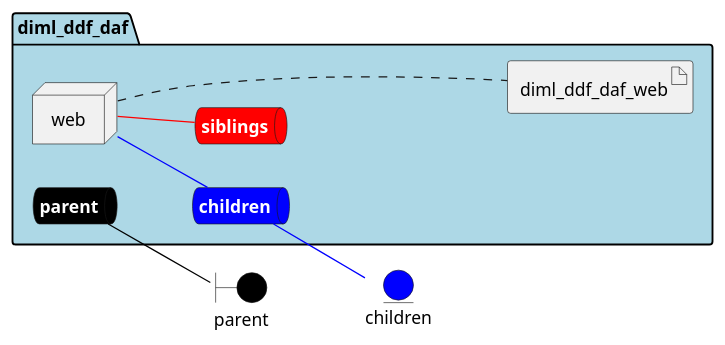
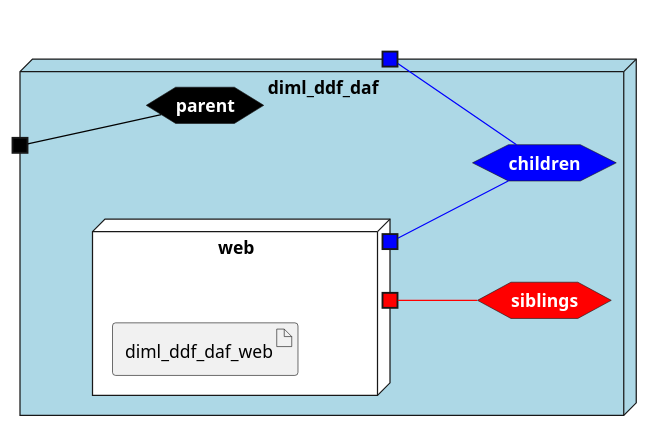
Before and after one commit to madajaju/edgemere: the diagram in docs/edgemere/diml/ddf/daf/envs/prod/deployment.puml, drawn with PlantUML. The commit also changed 957 other files, not shown here.

```diff
--- a/docs/edgemere/diml/ddf/daf/envs/prod/deployment.puml
+++ b/docs/edgemere/diml/ddf/daf/envs/prod/deployment.puml
@@ -1,45 +1,47 @@
 @startuml
 
 left to right direction
 
 
-boundary parent #black
-
-
-entity children #blue
 
 
 
 
-package "diml_ddf_daf" #lightblue {
-    queue parentnet #black [
+
+node "diml_ddf_daf" #lightblue {
+
+
+    hexagon parentnet #black [
             <b><color:white>parent</color></b>
     ]
     
-    parentnet -[#black]- parent
+    portin " " as parentnetPortIn #black
+    parentnetPortIn -[#black]- parentnet
     
-    queue childrennet #blue [
+    hexagon childrennet #blue [
             <b><color:white>children</color></b>
     ]
     
-    childrennet -[#blue]- children
+    portout " " as childrennetPortOut #blue
+    childrennet -[#blue]- childrennetPortOut
     
-    queue siblingsnet #red [
+    hexagon siblingsnet #red [
             <b><color:white>siblings</color></b>
     ]
     
 
-node "web" as webService
+node "web" as webService #white {
+    portOut " " as webServicechildrennet #blue
+   webServicechildrennet -[#blue]- childrennet
+       portOut " " as webServicesiblingsnet #red
+   webServicesiblingsnet -[#red]- siblingsnet
+   
 
-
-        artifact "diml_ddf_daf_web" as diml_ddf_daf_webimage
+    artifact "diml_ddf_daf_web" as diml_ddf_daf_webimage
     
 }
 
-webService -[#blue]- childrennet
-
-webService -[#red]- siblingsnet
-webService .... diml_ddf_daf_webimage
+}
 
 
 @enduml
```
